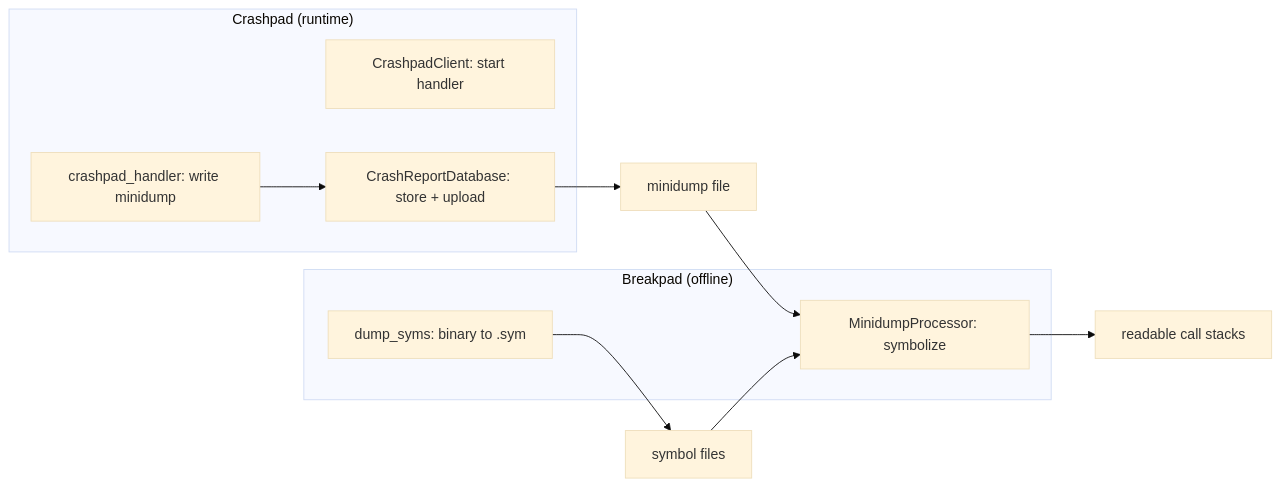
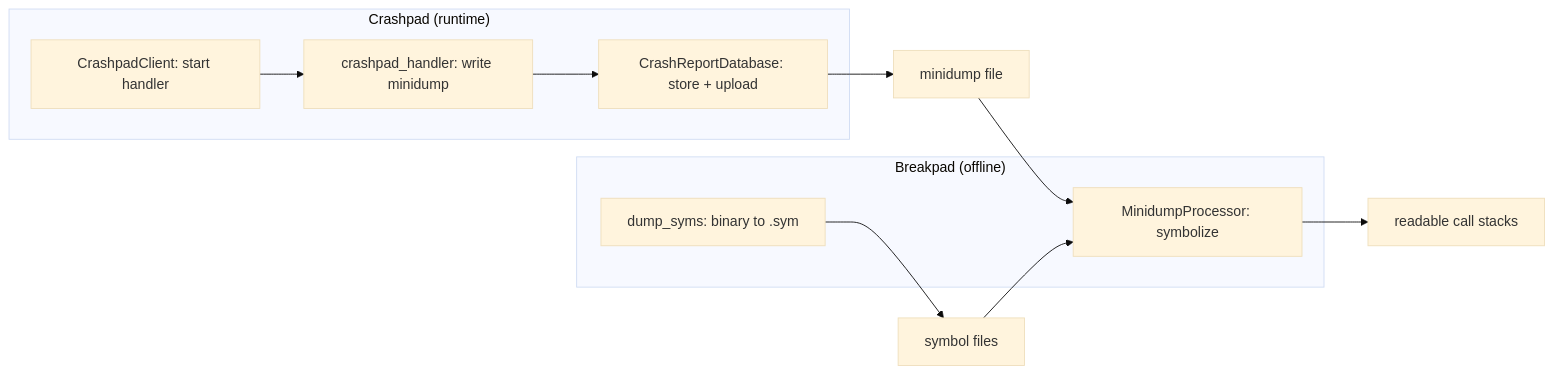
One commit to aospbooks/android-emulator-internal-book changed the fifth of 7 diagrams in 28-debugging-tracing.md. Above: the diagram before and after it, drawn with Mermaid (base theme). The commit also changed other lines of this file and 31 other files, not shown here.

````diff
--- a/28-debugging-tracing.md
+++ b/28-debugging-tracing.md
@@ -530,18 +530,19 @@
 ```mermaid
 flowchart LR
     subgraph CP["Crashpad (runtime)"]
         CLIENT["CrashpadClient: start handler"]
         HANDLER["crashpad_handler: write minidump"]
         CPDB["CrashReportDatabase: store + upload"]
     end
     subgraph BP["Breakpad (offline)"]
         DUMPSYMS["dump_syms: binary to .sym"]
         PROC["MinidumpProcessor: symbolize"]
     end
+    CLIENT --> HANDLER
     HANDLER --> CPDB
     CPDB --> MINIDUMP["minidump file"]
     MINIDUMP --> PROC
     DUMPSYMS --> SYMS["symbol files"]
     SYMS --> PROC
     PROC --> STACKS["readable call stacks"]
 ```
````
